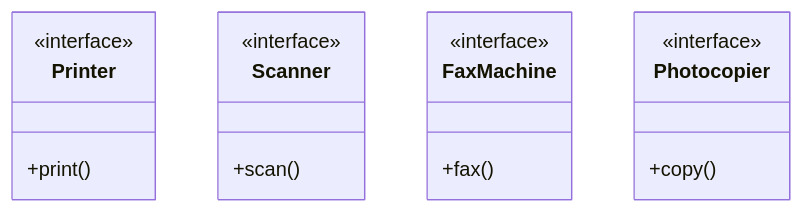
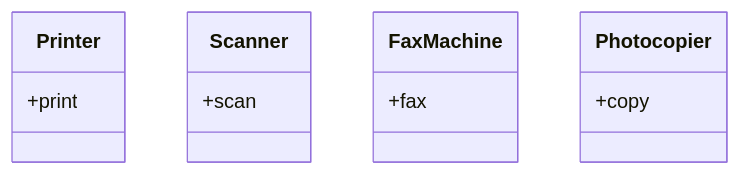
Before and after one commit to gojosatoru123-ux/CacheU: the eighth of 10 diagrams in src/content/lld-solid-principles.md, drawn with Mermaid. The commit also changed other lines of this file and 21 other files, not shown here.

````diff
--- a/src/content/lld-solid-principles.md
+++ b/src/content/lld-solid-principles.md
@@ -835,22 +831,18 @@
 ```mermaid
 classDiagram
     class Printer {
-        <<interface>>
-        +print()
+        +print
     }
 
     class Scanner {
-        <<interface>>
-        +scan()
+        +scan
     }
 
     class FaxMachine {
-        <<interface>>
-        +fax()
+        +fax
     }
 
     class Photocopier {
-        <<interface>>
-        +copy()
+        +copy
     }
 ```
````
